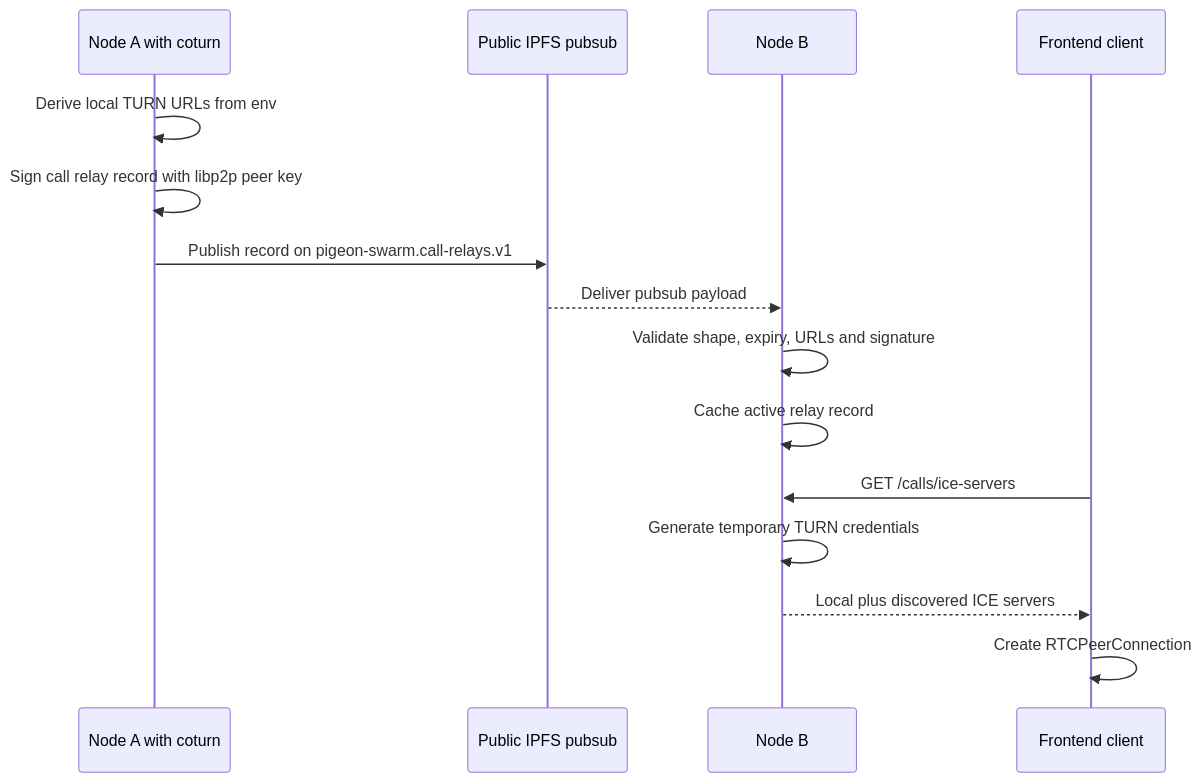
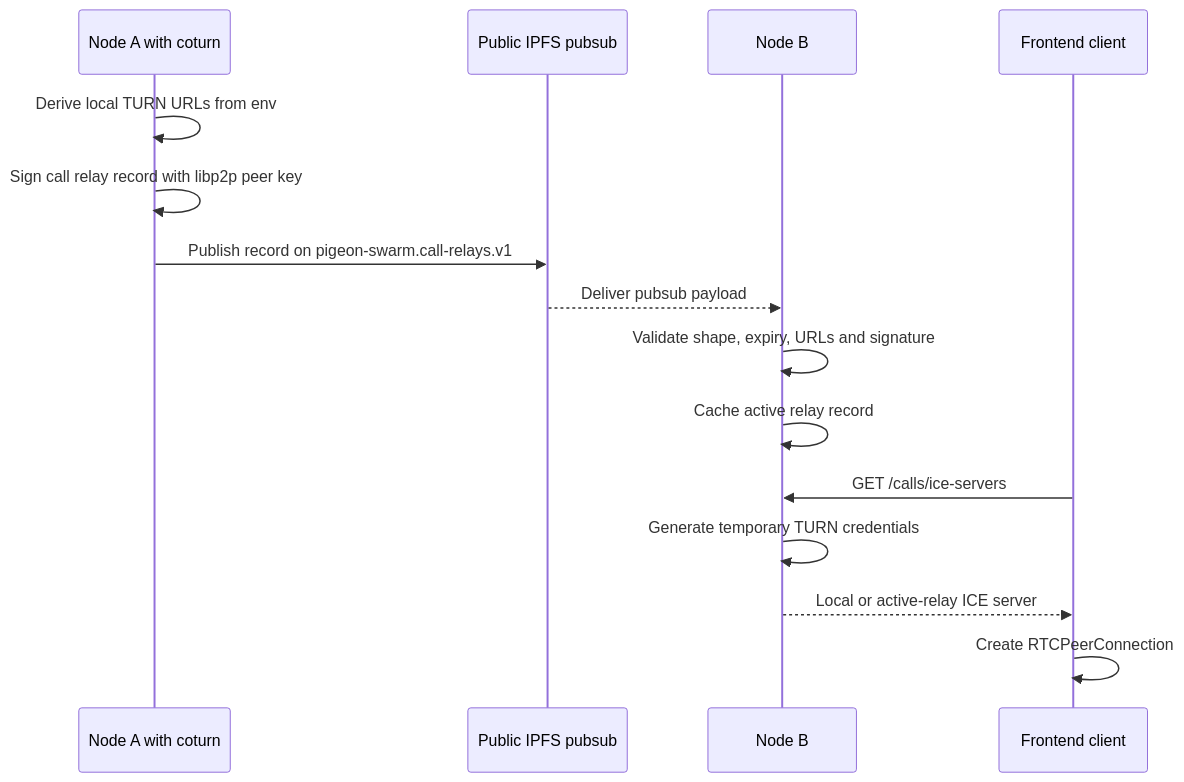
One commit to haskou/pigeon-swarm-node changed the second of 5 diagrams in docs/calls-turn-relay-discovery.md. Above: the diagram before and after it, drawn with Mermaid. The commit also changed other lines of this file and 20 other files, not shown here.

````diff
--- a/docs/calls-turn-relay-discovery.md
+++ b/docs/calls-turn-relay-discovery.md
@@ -59,18 +90,18 @@
 ```mermaid
 sequenceDiagram
     participant NodeA as Node A with coturn
     participant IPFS as Public IPFS pubsub
     participant NodeB as Node B
     participant Client as Frontend client
 
     NodeA->>NodeA: Derive local TURN URLs from env
     NodeA->>NodeA: Sign call relay record with libp2p peer key
     NodeA->>IPFS: Publish record on pigeon-swarm.call-relays.v1
     IPFS-->>NodeB: Deliver pubsub payload
     NodeB->>NodeB: Validate shape, expiry, URLs and signature
     NodeB->>NodeB: Cache active relay record
     Client->>NodeB: GET /calls/ice-servers
     NodeB->>NodeB: Generate temporary TURN credentials
-    NodeB-->>Client: Local plus discovered ICE servers
+    NodeB-->>Client: Local or active-relay ICE server
     Client->>Client: Create RTCPeerConnection
 ```
````
